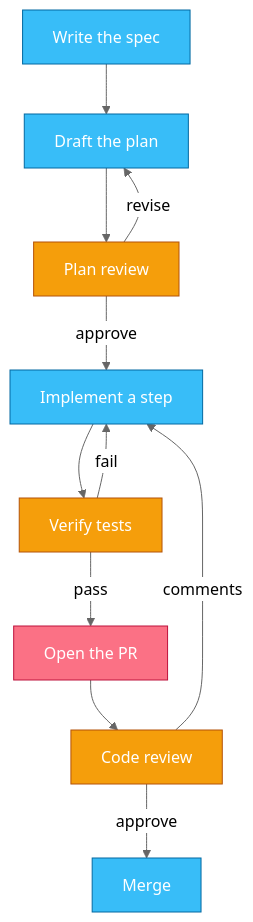
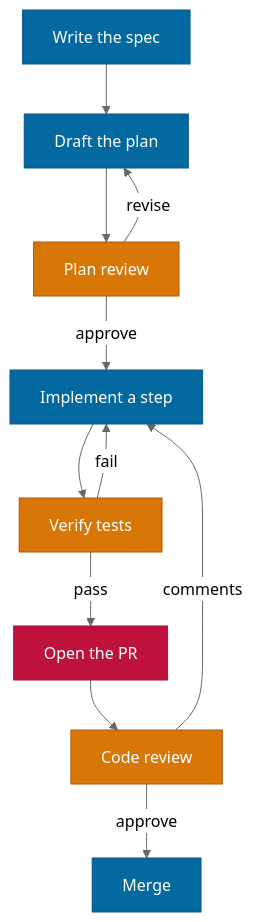
Before and after one commit to sanketsudake/agentic-engineering: the first of 3 diagrams in chapters/ch08.md, drawn with Mermaid (neutral theme). The commit also changed 23 other files, not shown here.

````diff
--- a/chapters/ch08.md
+++ b/chapters/ch08.md
@@ -137,19 +137,19 @@
 ```mermaid
 flowchart TD
   SPEC[Write the spec] --> PLAN[Draft the plan]
   PLAN --> GATE[Plan review]
   GATE -->|revise| PLAN
   GATE -->|approve| IMPL[Implement a step]
   IMPL --> VER[Verify tests]
   VER -->|fail| IMPL
   VER -->|pass| PR[Open the PR]
   PR --> REV[Code review]
   REV -->|comments| IMPL
   REV -->|approve| MERGE[Merge]
-  classDef process fill:#38bdf8,stroke:#0369a1,color:#fff
-  classDef lease fill:#f59e0b,stroke:#b45309,color:#fff
-  classDef resource fill:#fb7185,stroke:#be123c,color:#fff
+  classDef process fill:#0369A1,stroke:#075985,color:#fff
+  classDef lease fill:#D97706,stroke:#B45309,color:#fff
+  classDef resource fill:#BE123C,stroke:#9F1239,color:#fff
   class SPEC,PLAN,IMPL,MERGE process
   class GATE,VER,REV lease
   class PR resource
 ```
````
